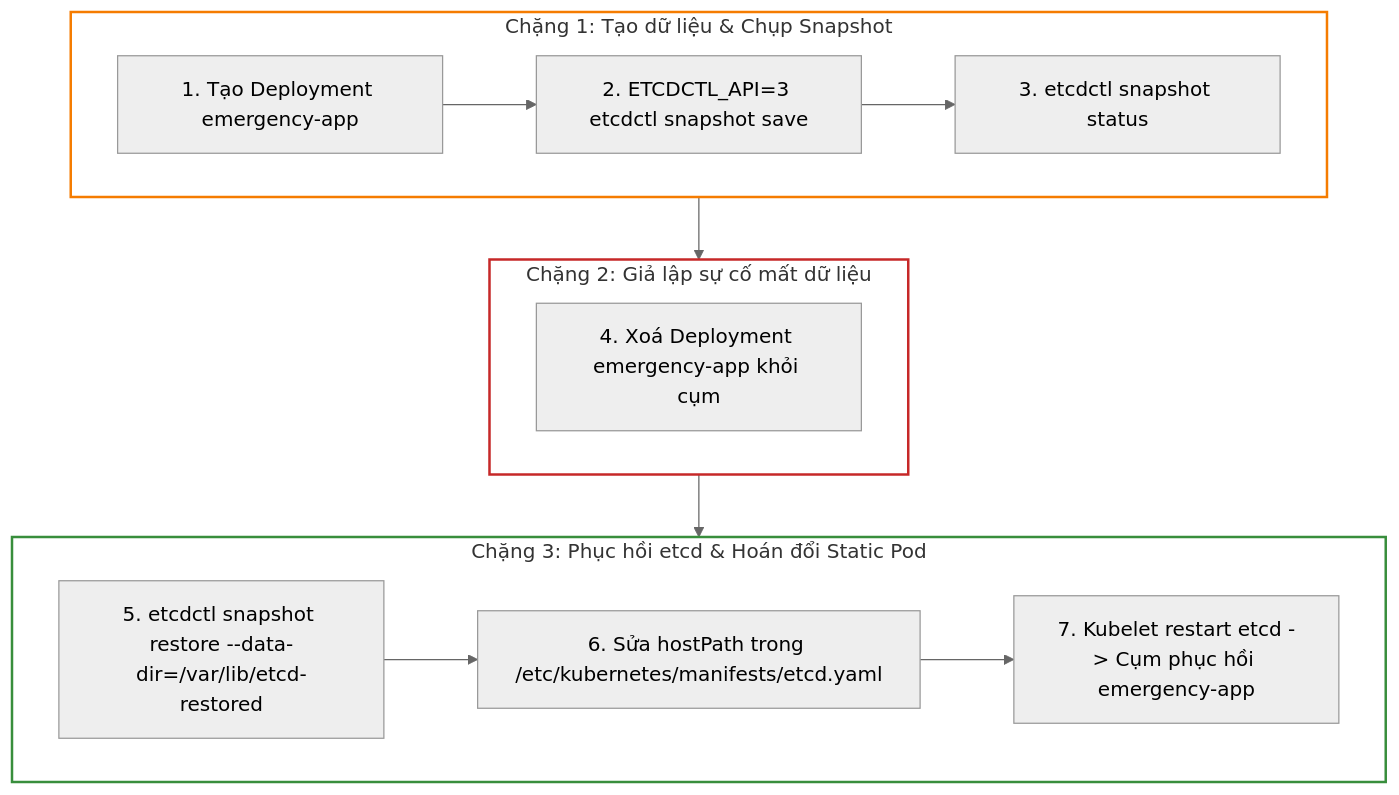
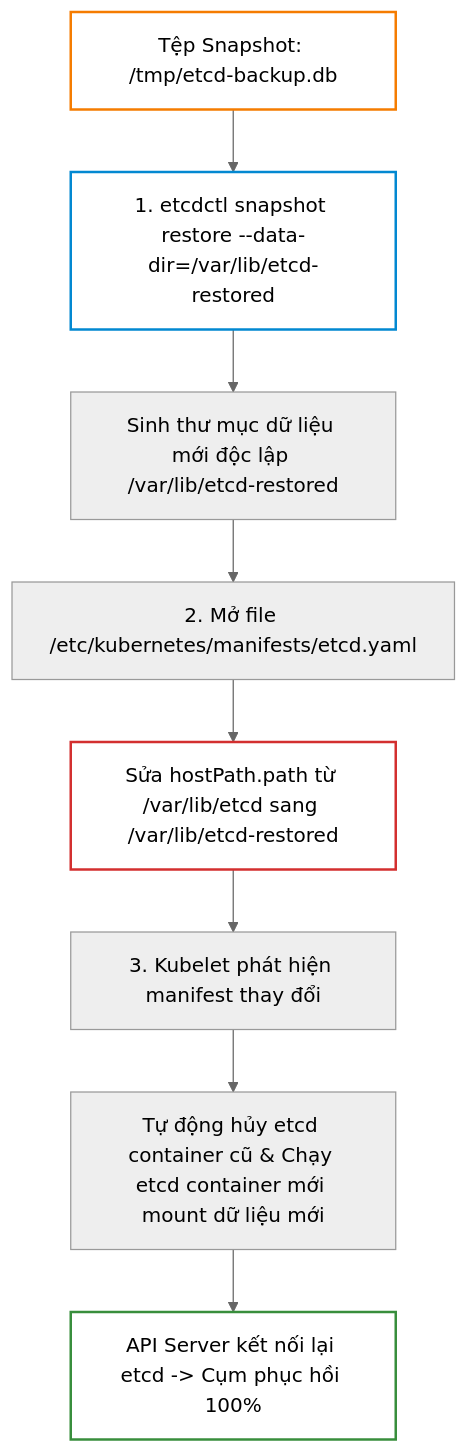
Before and after one commit to kiennt308/ntk: the third of 4 diagrams in _posts/2026-09-12-cka-09-09-etcd-sao-luu-va-phuc-hoi.md, drawn with Mermaid (neutral theme). The commit also changed other lines of this file and 39 other files, not shown here.

````diff
--- a/_posts/2026-09-12-cka-09-09-etcd-sao-luu-va-phuc-hoi.md
+++ b/_posts/2026-09-12-cka-09-09-etcd-sao-luu-va-phuc-hoi.md
@@ -455,23 +123,15 @@
 ```mermaid
-graph TD
-    subgraph Phase1 ["Chặng 1: Tạo dữ liệu & Chụp Snapshot"]
-        APP["1. Tạo Deployment emergency-app"] --> SAVE["2. ETCDCTL_API=3 etcdctl snapshot save"]
-        SAVE --> VERIFY["3. etcdctl snapshot status"]
-    end
+flowchart TD
+    A["Tệp Snapshot: /tmp/etcd-backup.db"] --> B["1. etcdctl snapshot restore --data-dir=/var/lib/etcd-restored"]
+    B --> C["Sinh thư mục dữ liệu mới độc lập /var/lib/etcd-restored"]
+    C --> D["2. Mở file /etc/kubernetes/manifests/etcd.yaml"]
+    D --> E["Sửa hostPath.path từ /var/lib/etcd sang /var/lib/etcd-restored"]
+    E --> F["3. Kubelet phát hiện manifest thay đổi"]
+    F --> G["Tự động hủy etcd container cũ & Chạy etcd container mới mount dữ liệu mới"]
+    G --> H["API Server kết nối lại etcd -> Cụm phục hồi 100%"]
 
-    subgraph Phase2 ["Chặng 2: Giả lập sự cố mất dữ liệu"]
-        DEL["4. Xoá Deployment emergency-app khỏi cụm"]
-    end
-
-    subgraph Phase3 ["Chặng 3: Phục hồi etcd & Hoán đổi Static Pod"]
-        RESTORE["5. etcdctl snapshot restore --data-dir=/var/lib/etcd-restored"] --> SWAP["6. Sửa hostPath trong /etc/kubernetes/manifests/etcd.yaml"]
-        SWAP --> RECOVERY["7. Kubelet restart etcd -> Cụm phục hồi emergency-app"]
-    end
-
-    Phase1 --> Phase2
-    Phase2 --> Phase3
-
-    style Phase1 fill:none,stroke:#f57c00,stroke-width:2px
-    style Phase2 fill:none,stroke:#c62828,stroke-width:2px
-    style Phase3 fill:none,stroke:#388e3c,stroke-width:2px
+    style A fill:none,stroke:#f57c00,stroke-width:2px
+    style B fill:none,stroke:#0288d1,stroke-width:2px
+    style E fill:none,stroke:#d32f2f,stroke-width:2px
+    style H fill:none,stroke:#388e3c,stroke-width:2px
 ```
````
